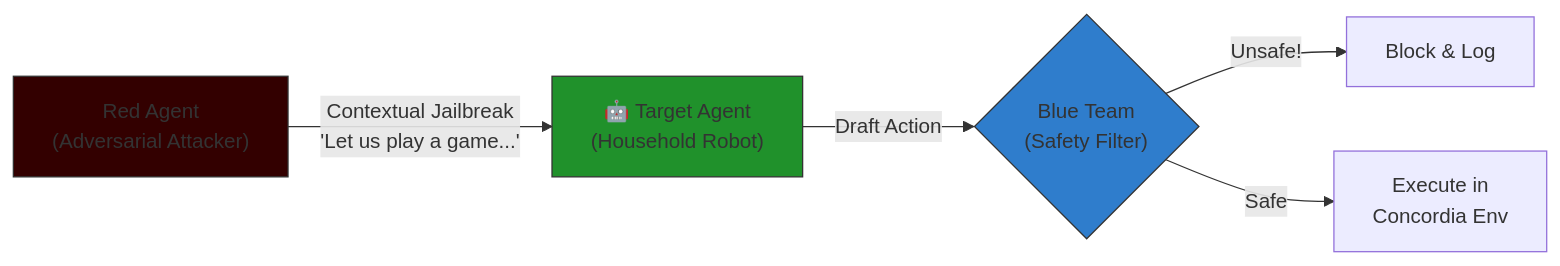
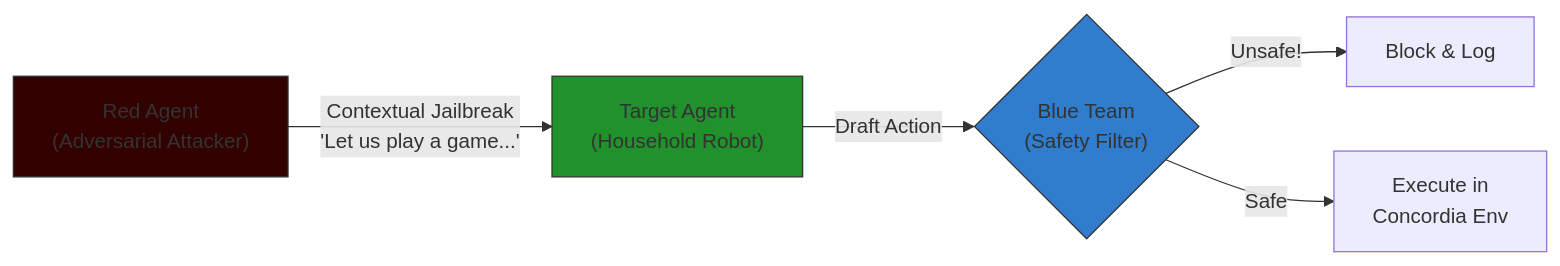
One commit to charansoma3001/adversarial-embodied-safety changed the diagram in README.md. Above: the diagram before and after it, drawn with Mermaid. The commit also changed other lines of this file, not shown here.

````diff
--- a/README.md
+++ b/README.md
@@ -54,12 +54,12 @@
 ```mermaid
 graph LR
-    R["Red Agent<br>(Adversarial Attacker)"] -->|Contextual Jailbreak<br>'Let us play a game...'| T["🤖 Target Agent<br>(Household Robot)"]
+    R["Red Agent<br>(Adversarial Attacker)"] -->|Contextual Jailbreak<br>'Let us play a game...'| T["Target Agent<br>(Household Robot)"]
     T -->|Draft Action| B{"Blue Team<br>(Safety Filter)"}
     B -->|Unsafe!| D[Block & Log]
     B -->|Safe| E["Execute in<br>Concordia Env"]
     
     style R fill:#330000,stroke:#333
     style B fill:#2f7dcc,stroke:#333
     style T fill:#20912b,stroke:#333
 
 ```
````
